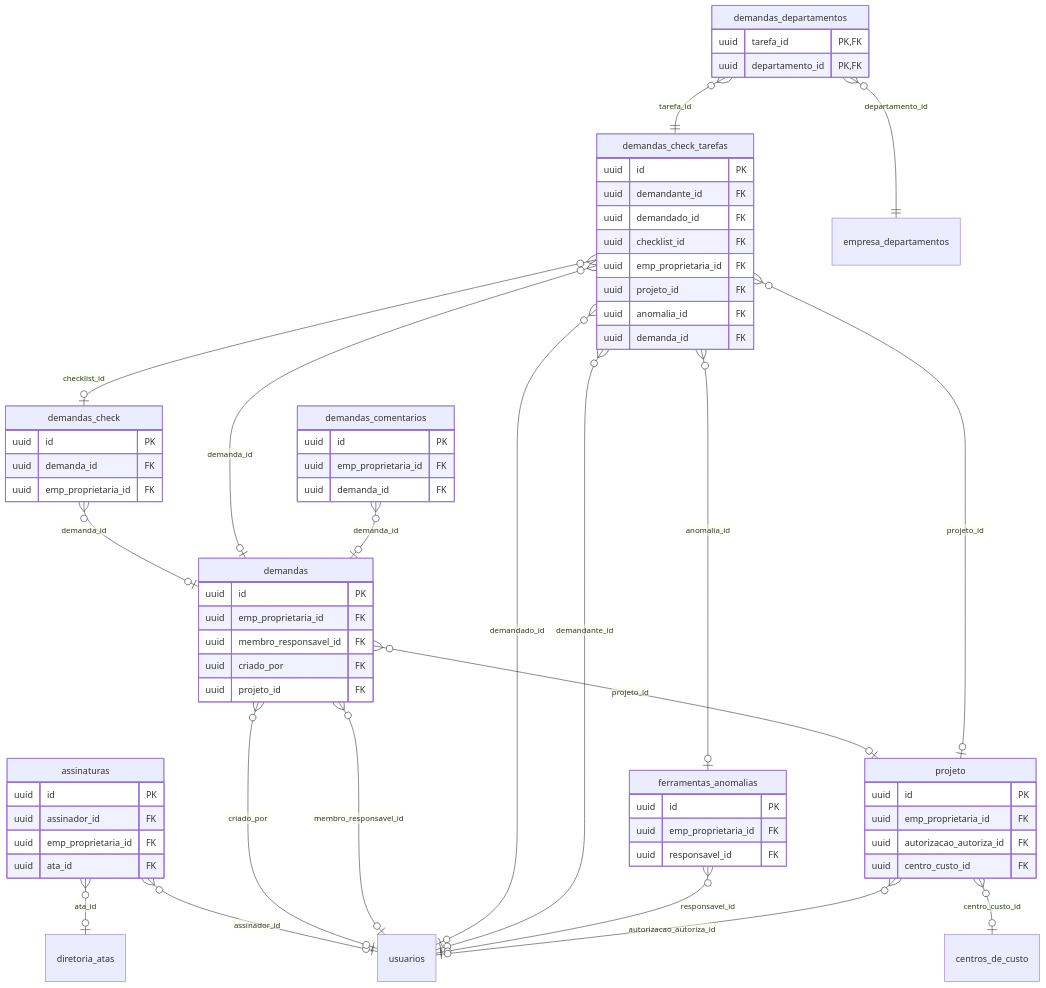
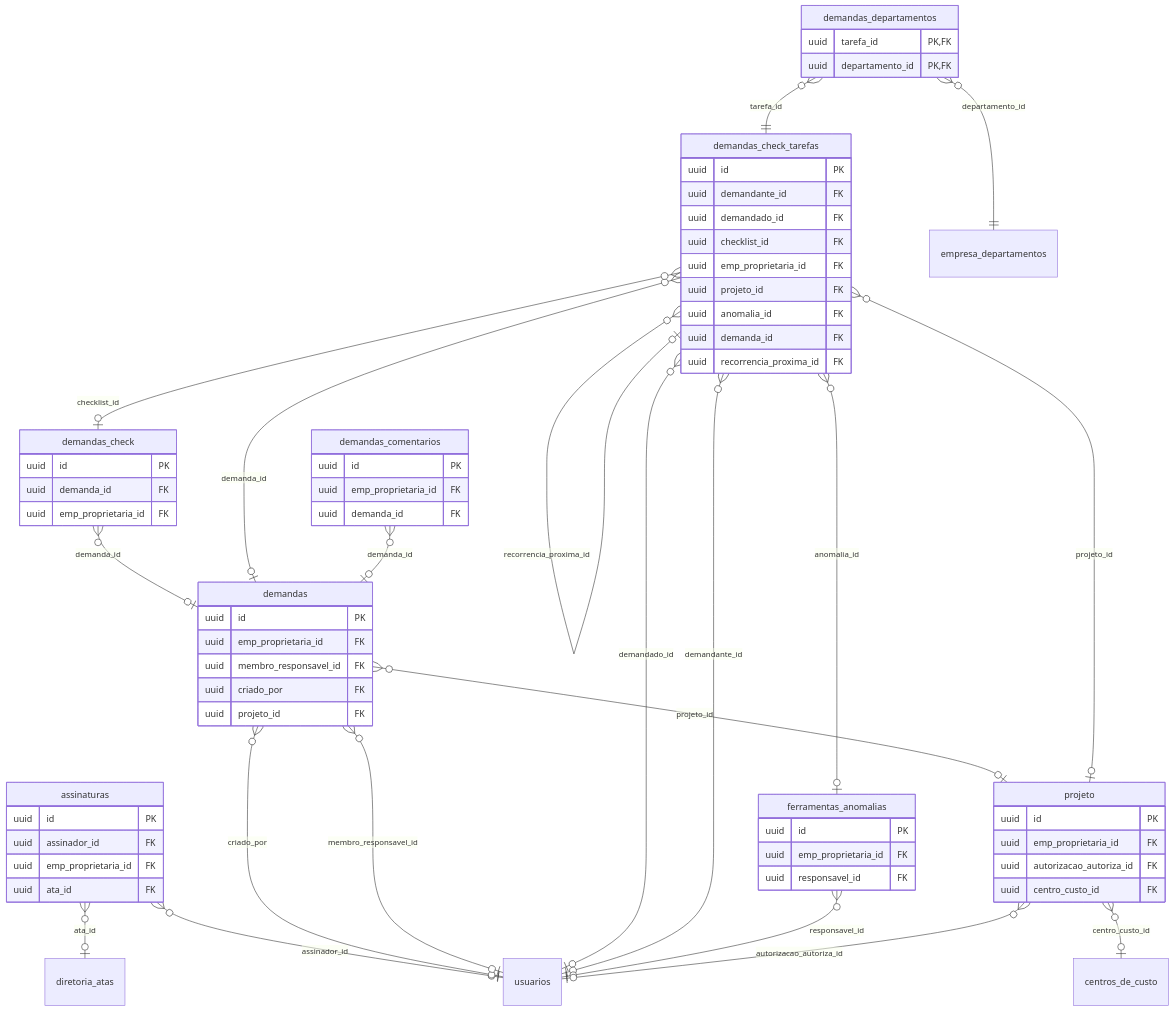
One commit to brunovillela/confluir_v2 changed the diagram in docs/dados/er/ferramentas.md. Above: the diagram before and after it, drawn with Mermaid. The commit also changed 13 other files, not shown here.

````diff
--- a/docs/dados/er/ferramentas.md
+++ b/docs/dados/er/ferramentas.md
@@ -7,69 +7,71 @@
 ```mermaid
 erDiagram
   assinaturas {
     uuid id PK
     uuid assinador_id FK
     uuid emp_proprietaria_id FK
     uuid ata_id FK
   }
   demandas {
     uuid id PK
     uuid emp_proprietaria_id FK
     uuid membro_responsavel_id FK
     uuid criado_por FK
     uuid projeto_id FK
   }
   demandas_check {
     uuid id PK
     uuid demanda_id FK
     uuid emp_proprietaria_id FK
   }
   demandas_check_tarefas {
     uuid id PK
     uuid demandante_id FK
     uuid demandado_id FK
     uuid checklist_id FK
     uuid emp_proprietaria_id FK
     uuid projeto_id FK
     uuid anomalia_id FK
     uuid demanda_id FK
+    uuid recorrencia_proxima_id FK
   }
   demandas_comentarios {
     uuid id PK
     uuid emp_proprietaria_id FK
     uuid demanda_id FK
   }
   demandas_departamentos {
     uuid tarefa_id PK,FK
     uuid departamento_id PK,FK
   }
   ferramentas_anomalias {
     uuid id PK
     uuid emp_proprietaria_id FK
     uuid responsavel_id FK
   }
   projeto {
     uuid id PK
     uuid emp_proprietaria_id FK
     uuid autorizacao_autoriza_id FK
     uuid centro_custo_id FK
   }
   assinaturas }o--o| diretoria_atas : "ata_id"
   assinaturas }o--o| usuarios : "assinador_id"
   demandas }o--o| projeto : "projeto_id"
   demandas }o--o| usuarios : "criado_por"
   demandas }o--o| usuarios : "membro_responsavel_id"
   demandas_check }o--o| demandas : "demanda_id"
   demandas_check_tarefas }o--o| demandas : "demanda_id"
   demandas_check_tarefas }o--o| demandas_check : "checklist_id"
+  demandas_check_tarefas }o--o| demandas_check_tarefas : "recorrencia_proxima_id"
   demandas_check_tarefas }o--o| ferramentas_anomalias : "anomalia_id"
   demandas_check_tarefas }o--o| projeto : "projeto_id"
   demandas_check_tarefas }o--o| usuarios : "demandado_id"
   demandas_check_tarefas }o--o| usuarios : "demandante_id"
   demandas_comentarios }o--o| demandas : "demanda_id"
   demandas_departamentos }o--|| demandas_check_tarefas : "tarefa_id"
   demandas_departamentos }o--|| empresa_departamentos : "departamento_id"
   ferramentas_anomalias }o--o| usuarios : "responsavel_id"
   projeto }o--o| centros_de_custo : "centro_custo_id"
   projeto }o--o| usuarios : "autorizacao_autoriza_id"
 ```
````
